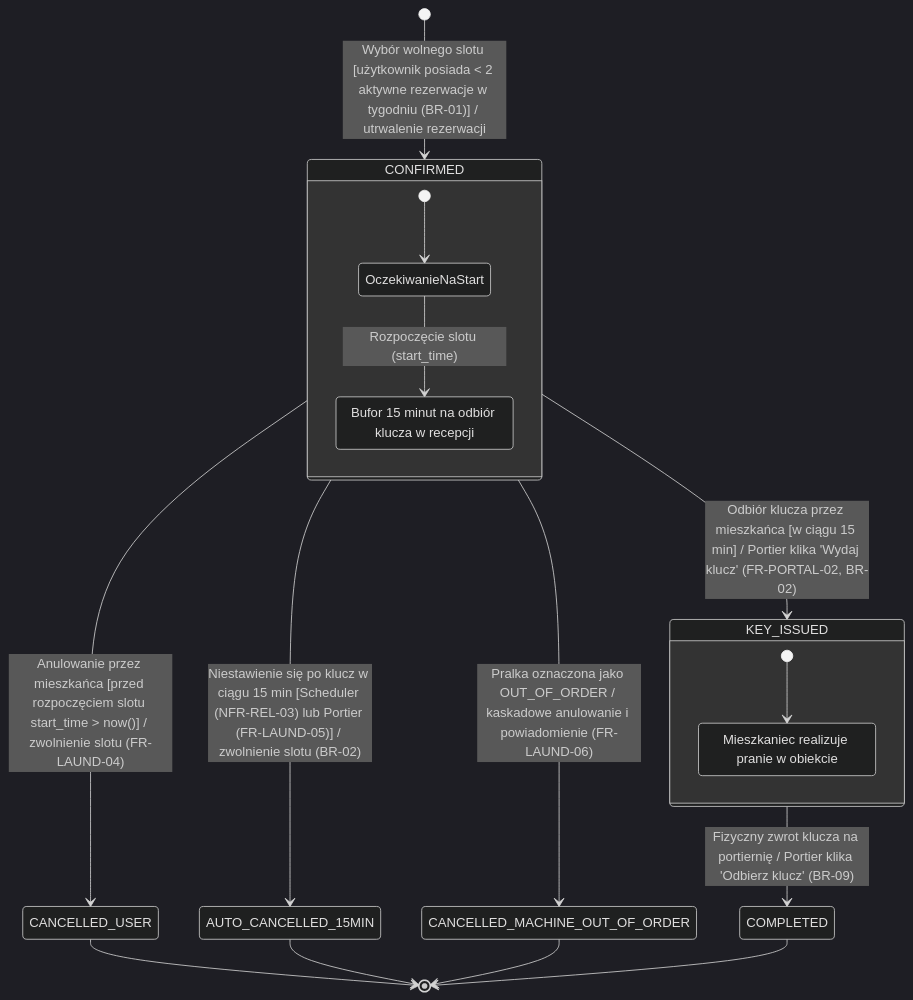
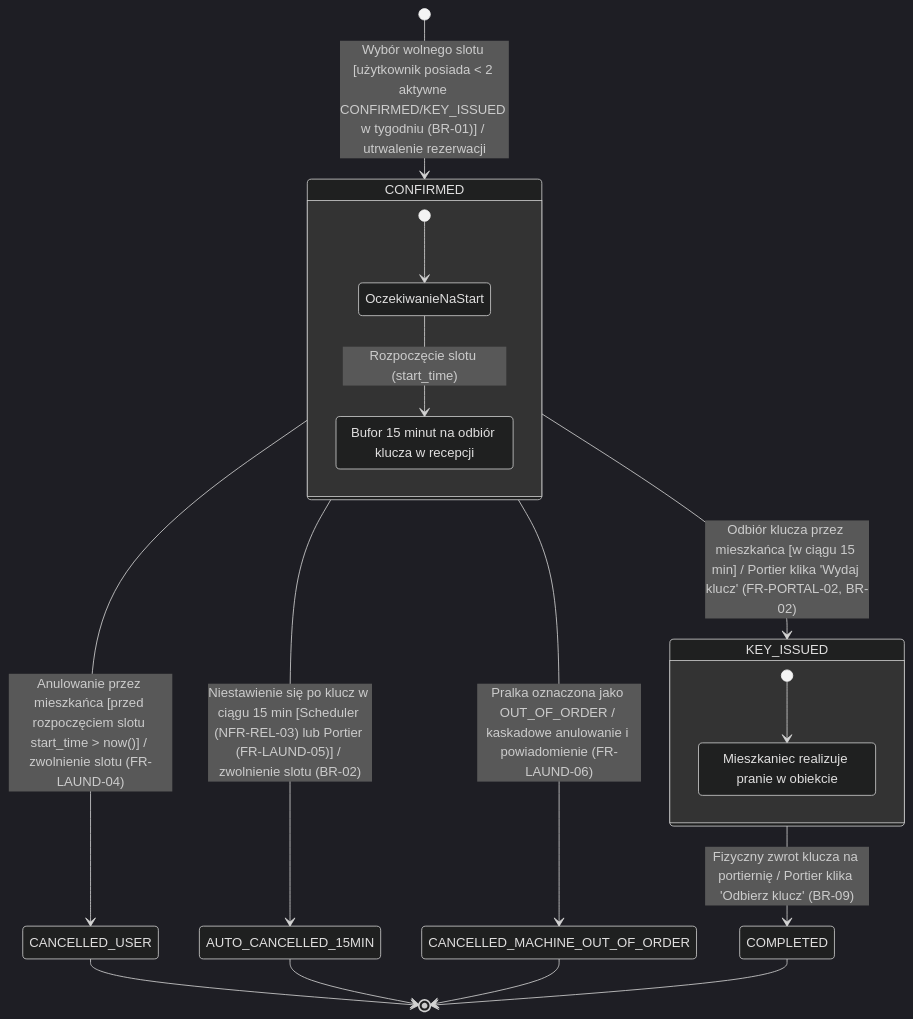
Before and after one commit to Buczy8/PKampus: the second of 8 diagrams in Docs/Diagramy_Maszyny_Stanow.md, drawn with Mermaid (dark theme). The commit also changed other lines of this file and 7 other files, not shown here.

````diff
--- a/Docs/Diagramy_Maszyny_Stanow.md
+++ b/Docs/Diagramy_Maszyny_Stanow.md
@@ -64,28 +64,28 @@
 ```mermaid
 stateDiagram-v2
-    [*] --> CONFIRMED: Wybór wolnego slotu [użytkownik posiada < 2 aktywne rezerwacje w tygodniu (BR-01)] / utrwalenie rezerwacji
+    [*] --> CONFIRMED: Wybór wolnego slotu [użytkownik posiada < 2 aktywne CONFIRMED/KEY_ISSUED w tygodniu (BR-01)] / utrwalenie rezerwacji
 
     state CONFIRMED {
         [*] --> OczekiwanieNaStart
         OczekiwanieNaStart --> Okno15Minut: Rozpoczęcie slotu (start_time)
         Okno15Minut: Bufor 15 minut na odbiór klucza w recepcji
     }
 
     CONFIRMED --> CANCELLED_USER: Anulowanie przez mieszkańca [przed rozpoczęciem slotu start_time > now()] / zwolnienie slotu (FR-LAUND-04)
     CONFIRMED --> AUTO_CANCELLED_15MIN: Niestawienie się po klucz w ciągu 15 min [Scheduler (NFR-REL-03) lub Portier (FR-LAUND-05)] / zwolnienie slotu (BR-02)
     CONFIRMED --> CANCELLED_MACHINE_OUT_OF_ORDER: Pralka oznaczona jako OUT_OF_ORDER / kaskadowe anulowanie i powiadomienie (FR-LAUND-06)
 
     CONFIRMED --> KEY_ISSUED: Odbiór klucza przez mieszkańca [w ciągu 15 min] / Portier klika 'Wydaj klucz' (FR-PORTAL-02, BR-02)
 
     state KEY_ISSUED {
         [*] --> TrwaniePrania
         TrwaniePrania: Mieszkaniec realizuje pranie w obiekcie
     }
 
     KEY_ISSUED --> COMPLETED: Fizyczny zwrot klucza na portiernię / Portier klika 'Odbierz klucz' (BR-09)
 
     CANCELLED_USER --> [*]
     AUTO_CANCELLED_15MIN --> [*]
     CANCELLED_MACHINE_OUT_OF_ORDER --> [*]
     COMPLETED --> [*]
 ```
````
